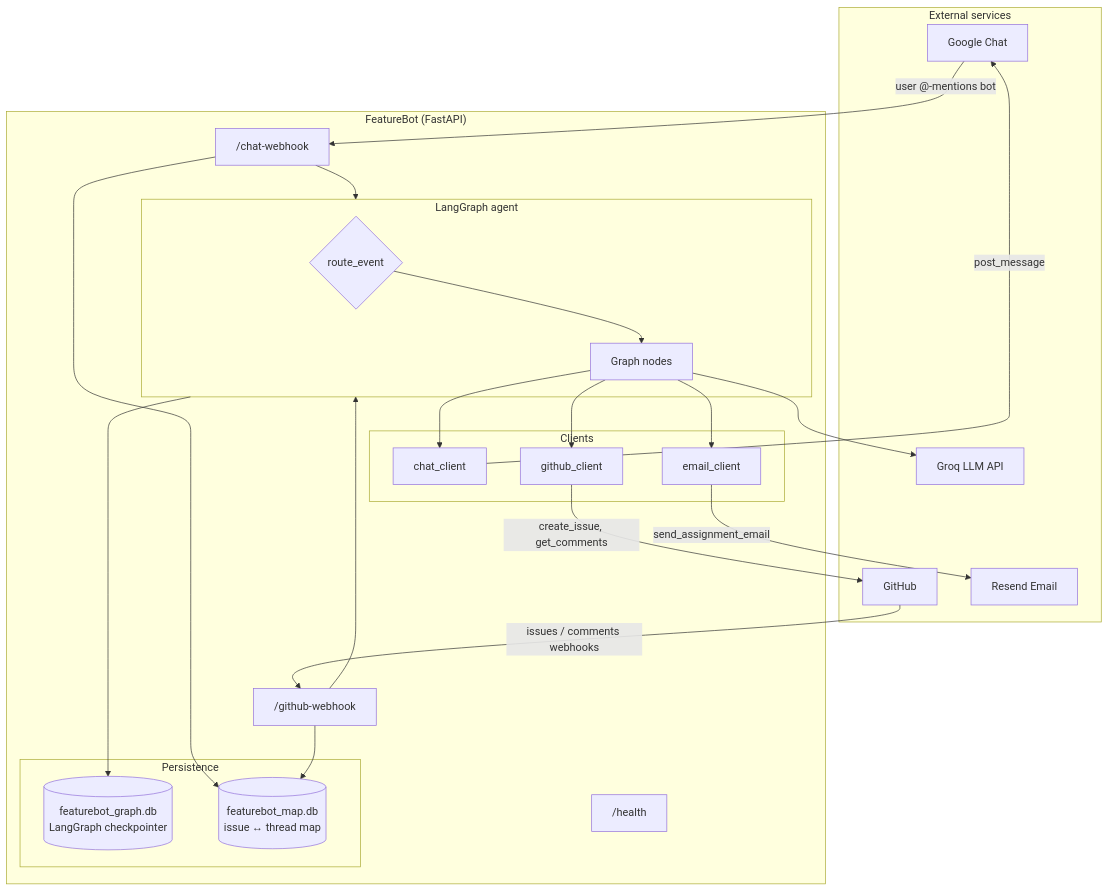
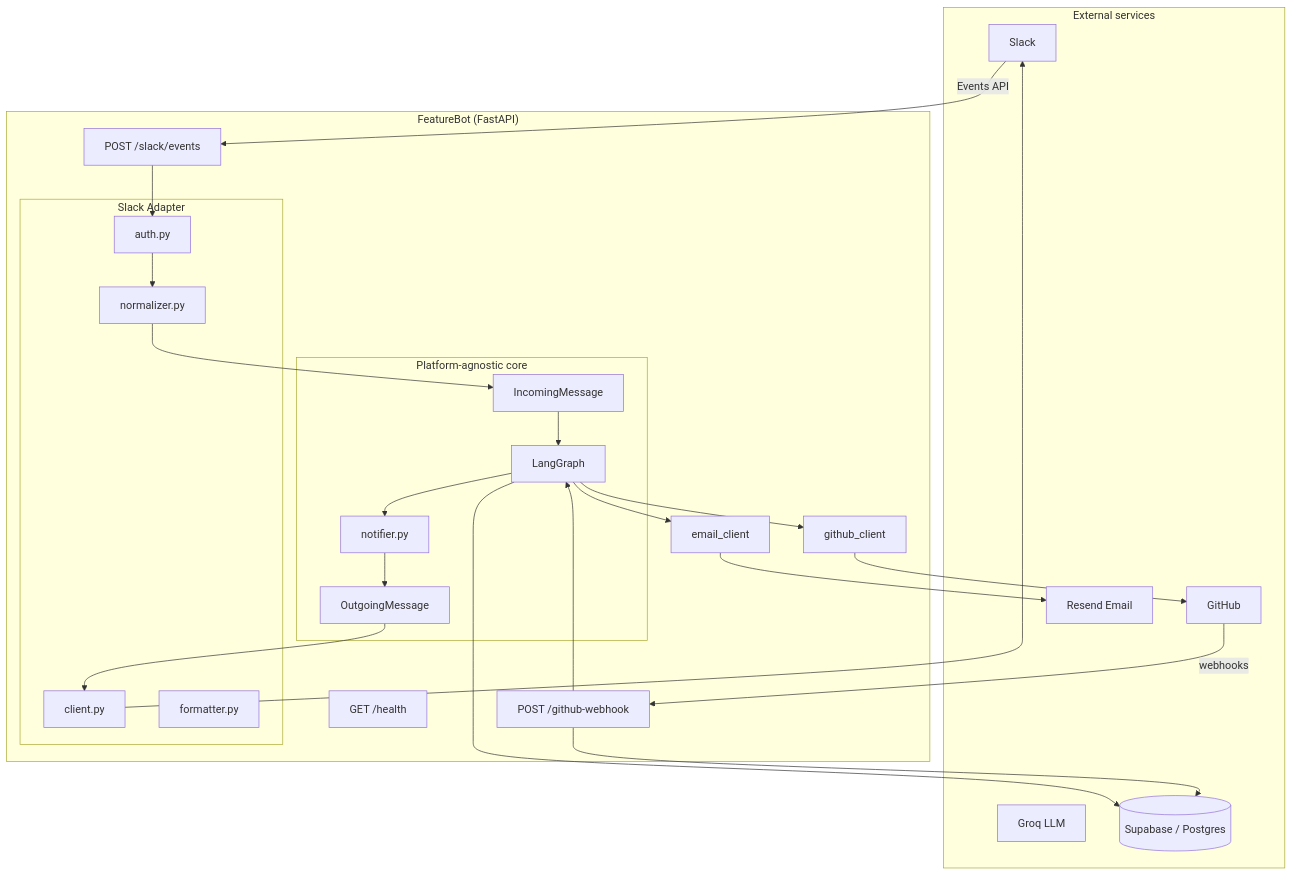
Before and after one commit to Prateek-Gaurav7296/feature-chatbot: the first of 2 diagrams in README.md, drawn with Mermaid. The commit also changed other lines of this file and 36 other files, not shown here.

Commit message:
Bot creation for slack

````diff
--- a/README.md
+++ b/README.md
@@ -23,51 +13,42 @@
 ```mermaid
 flowchart TB
     subgraph External["External services"]
-        GC[Google Chat]
+        SLACK[Slack]
         GH[GitHub]
-        GROQ[Groq LLM API]
+        GROQ[Groq LLM]
         RESEND[Resend Email]
+        DB[(Supabase / Postgres)]
     end
 
     subgraph FeatureBot["FeatureBot (FastAPI)"]
-        CW["/chat-webhook"]
-        GW["/github-webhook"]
-        HC["/health"]
+        SE["POST /slack/events"]
+        GW["POST /github-webhook"]
+        HC["GET /health"]
 
-        subgraph Graph["LangGraph agent"]
-            ROUTER{route_event}
-            NODES[Graph nodes]
+        subgraph Adapter["Slack Adapter"]
+            AUTH[auth.py]
+            NORM[normalizer.py]
+            CLIENT[client.py]
+            FMT[formatter.py]
         end
 
-        subgraph Clients["Clients"]
-            CC[chat_client]
-            GHC[github_client]
-            EC[email_client]
+        subgraph Core["Platform-agnostic core"]
+            IM[IncomingMessage]
+            OM[OutgoingMessage]
+            GRAPH[LangGraph]
+            NOTIFIER[notifier.py]
         end
 
-        subgraph Storage["Persistence"]
-            CP[(featurebot_graph.db<br/>LangGraph checkpointer)]
-            MAP[(featurebot_map.db<br/>issue ↔ thread map)]
-        end
+        GHC[github_client]
+        EC[email_client]
     end
 
-    GC -->|"user @-mentions bot"| CW
-    GH -->|"issues / comments webhooks"| GW
-
-    CW --> Graph
-    GW --> Graph
-
-    ROUTER --> NODES
-    NODES --> CC
-    NODES --> GHC
-    NODES --> EC
-    NODES --> GROQ
-
-    CC -->|"post_message"| GC
-    GHC -->|"create_issue, get_comments"| GH
-    EC -->|"send_assignment_email"| RESEND
-
-    Graph --> CP
-    CW --> MAP
-    GW --> MAP
+    SLACK -->|Events API| SE
+    SE --> AUTH --> NORM --> IM --> GRAPH
+    GH -->|webhooks| GW --> GRAPH
+    GRAPH --> GHC --> GH
+    GRAPH --> EC --> RESEND
+    GRAPH --> NOTIFIER --> OM --> CLIENT --> SLACK
+    GRAPH --> DB
+    GW --> DB
 ```
````
